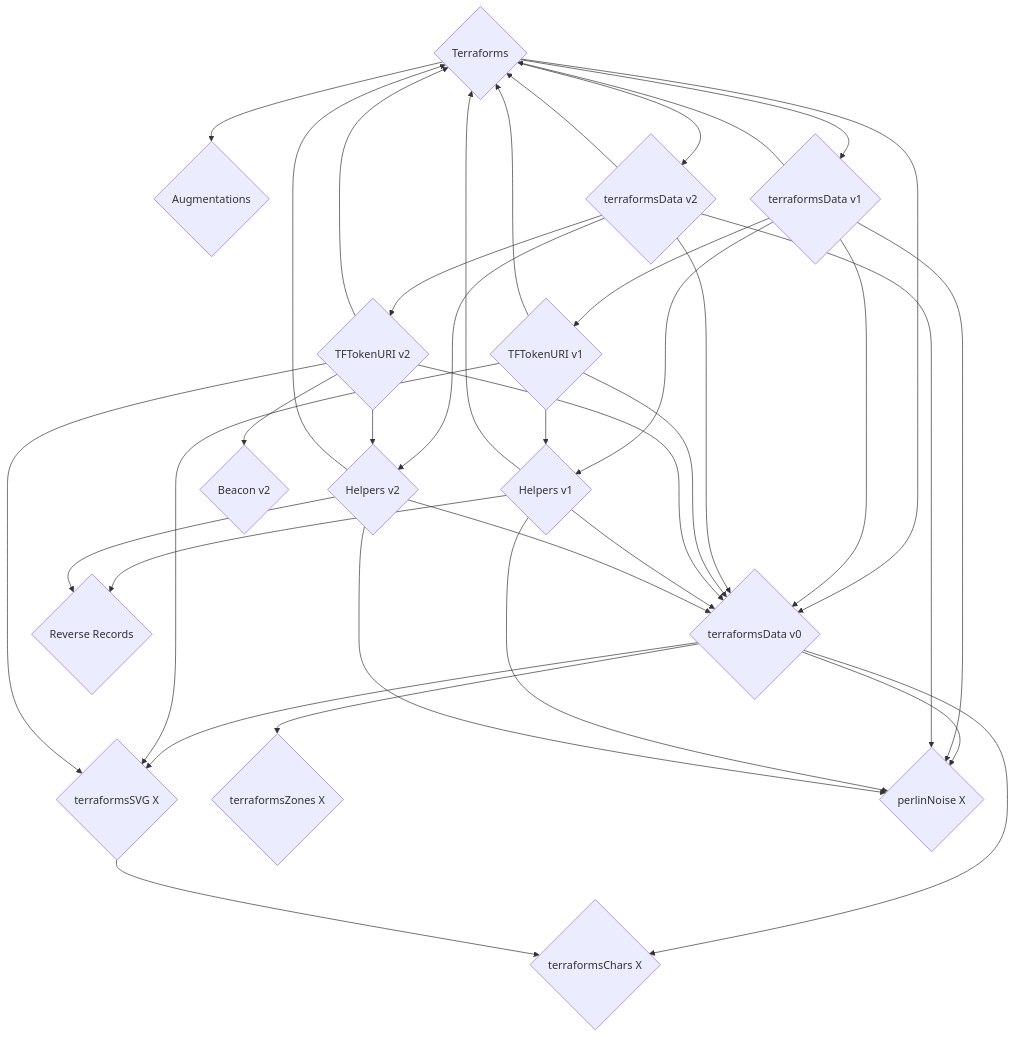
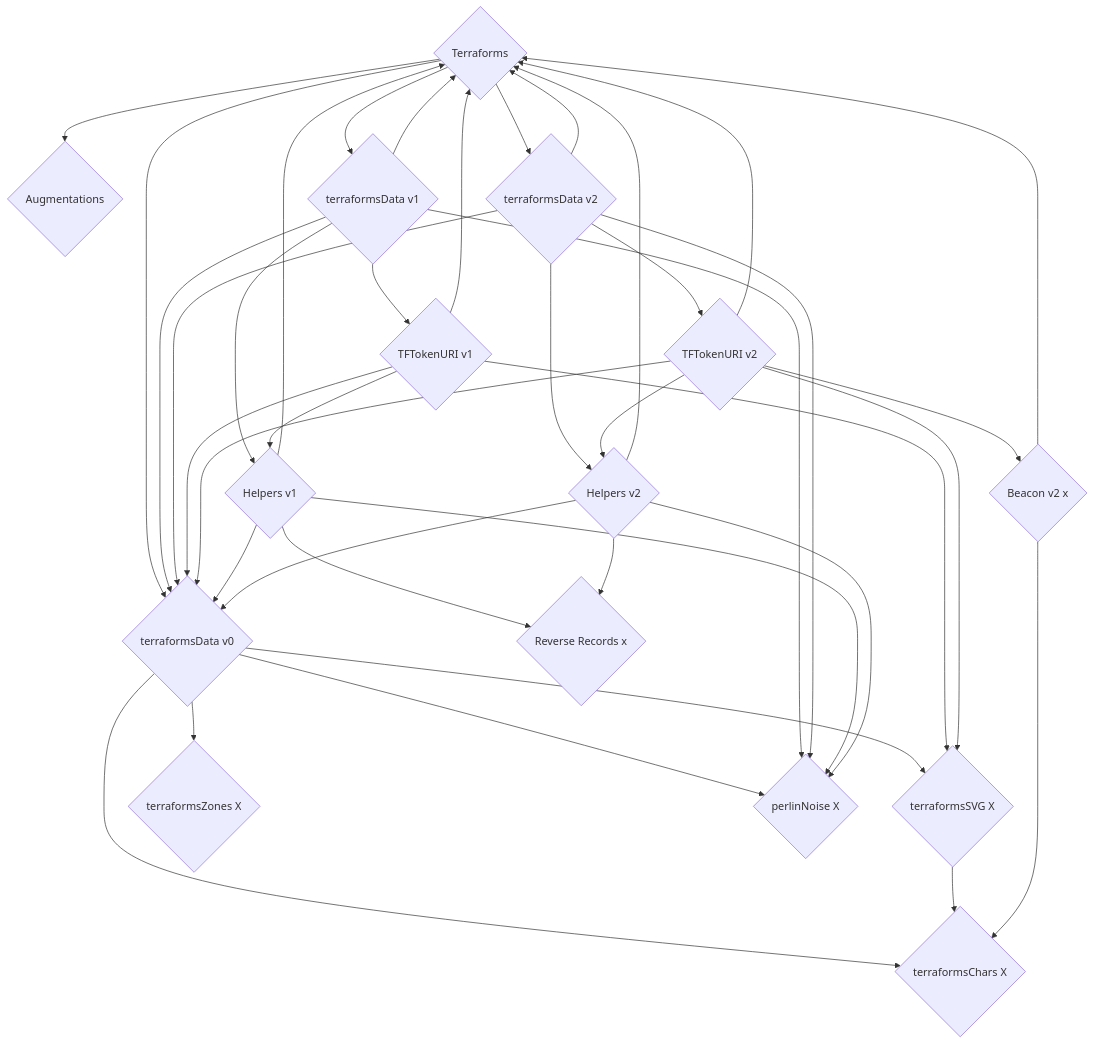
The first of 2 diagrams in contracts/Terraforms.md (thebadcc/terraform-docs), drawn with Mermaid before and after one commit.

````diff
--- a/contracts/Terraforms.md
+++ b/contracts/Terraforms.md
@@ -20,39 +20,41 @@
 ```mermaid
 graph TD
     A{Terraforms} --> B{Augmentations}
     A --> C{terraformsData v0}
     A --> D{terraformsData v1}
     A --> E{terraformsData v2}
     C --> F{terraformsSVG X}
     C --> G{terraformsChars X}
     C --> H{terraformsZones X}
     C --> I{perlinNoise X}
     D --> J{TFTokenURI v1}
     D --> K{Helpers v1}
     E --> L{TFTokenURI v2}
     E --> M{Helpers v2}
     F --> G
-    L --> N{Beacon v2}
+    L --> N{Beacon v2 x}
     D --> A
     D --> I
     D --> C
     E --> A
     E --> I
     E --> C
     J --> C
     J --> A
     J --> K
     J --> F
     L --> C
     L --> A
     L --> M
     L --> F
     K --> A
     K --> C
     K --> I
-    K --> O{Reverse Records}
+    K --> O{Reverse Records x}
     M --> A
     M --> C
     M --> I
     M --> O
+    N --> G
+    N --> A
 ```
````
